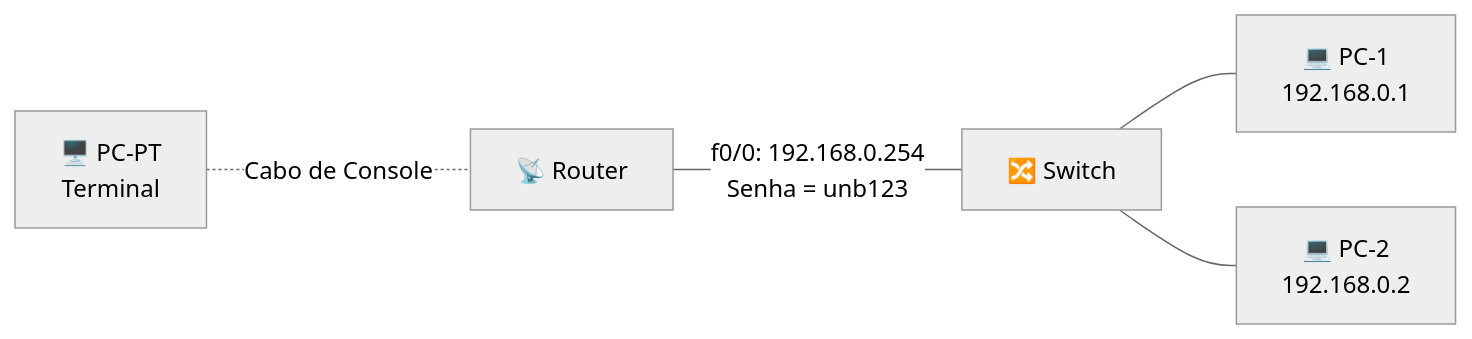
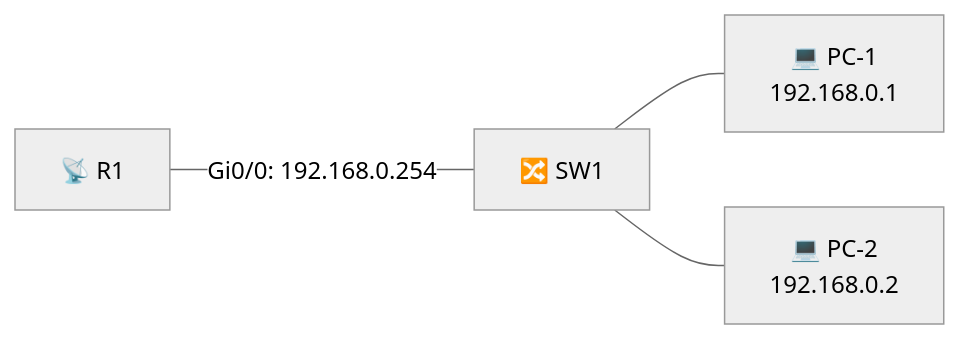
Before and after one commit to oficialvzi/PTR: the second of 2 diagrams in labs/lab02.md, drawn with Mermaid (neutral theme). The commit also changed other lines of this file and 14 other files, not shown here.

````diff
--- a/labs/lab02.md
+++ b/labs/lab02.md
@@ -49,7 +91,6 @@
 ```mermaid
 flowchart LR
-    T["🖥️ PC-PT<br>Terminal"] -. Cabo de Console .- R["📡 Router"]
-    R -- "f0/0: 192.168.0.254<br>Senha = unb123" --- S["🔀 Switch"]
+    R["📡 R1"] -- "Gi0/0: 192.168.0.254" --- S["🔀 SW1"]
     S --- PC1["💻 PC-1<br>192.168.0.1"]
     S --- PC2["💻 PC-2<br>192.168.0.2"]
 ```
````
